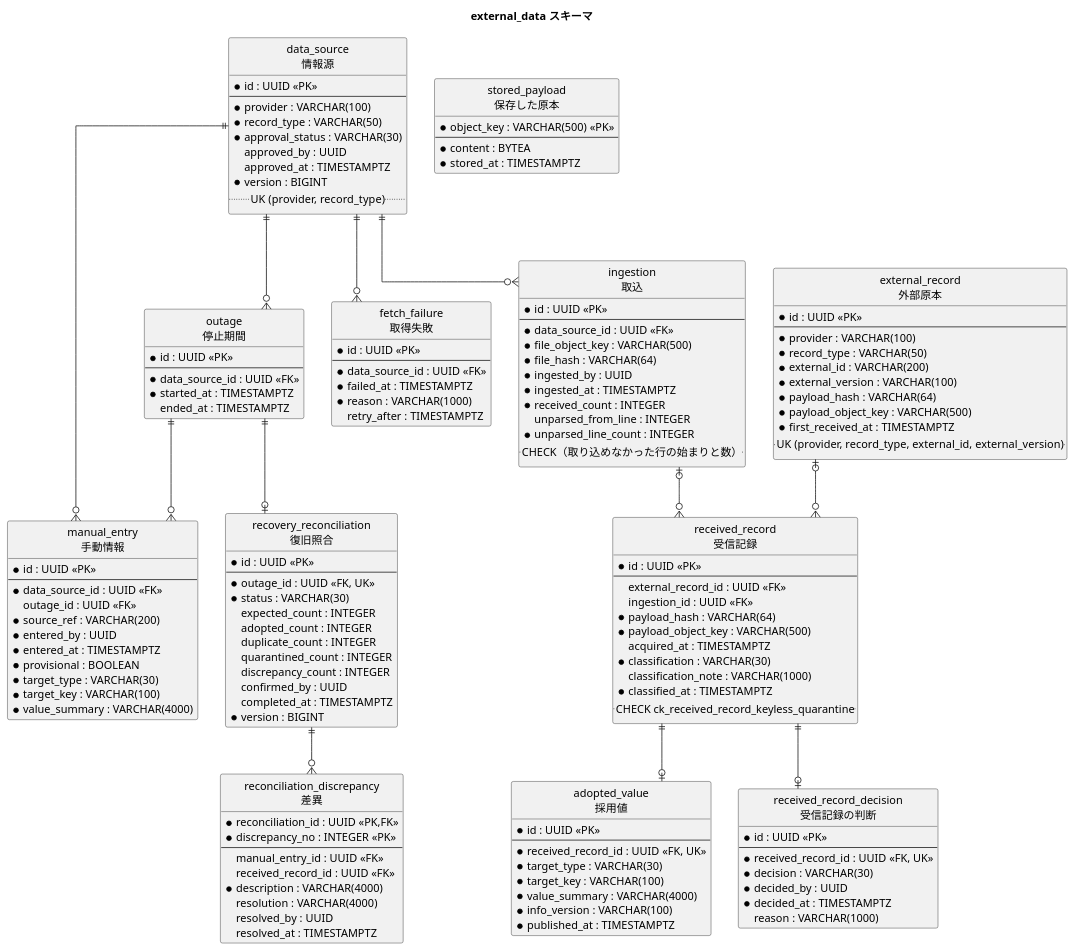
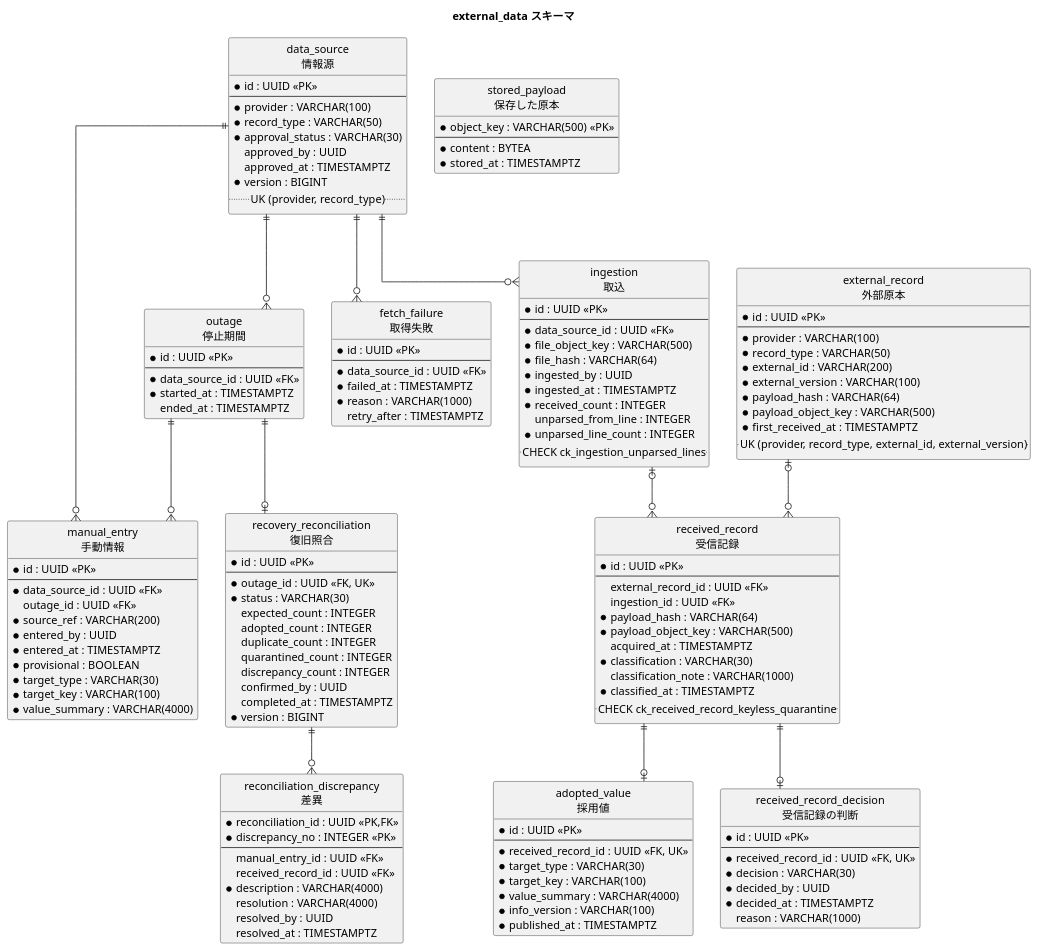
Before and after one commit to k2works/practical-domain-driven-design-in-enterpris-application: the eighth of 8 diagrams in docs/design/cargo-tracker/data_model.md, drawn with PlantUML. The commit also changed other lines of this file and 17 other files, not shown here.

```diff
--- a/docs/design/cargo-tracker/data_model.md
+++ b/docs/design/cargo-tracker/data_model.md
@@ -1021,7 +1021,7 @@
   * received_count : INTEGER
   unparsed_from_line : INTEGER
   * unparsed_line_count : INTEGER
-  .. CHECK（取り込めなかった行の始まりと数）..
+  .. CHECK ck_ingestion_unparsed_lines ..
 }
 entity "external_record\n外部原本" as er {
   * id : UUID <<PK>>
```
